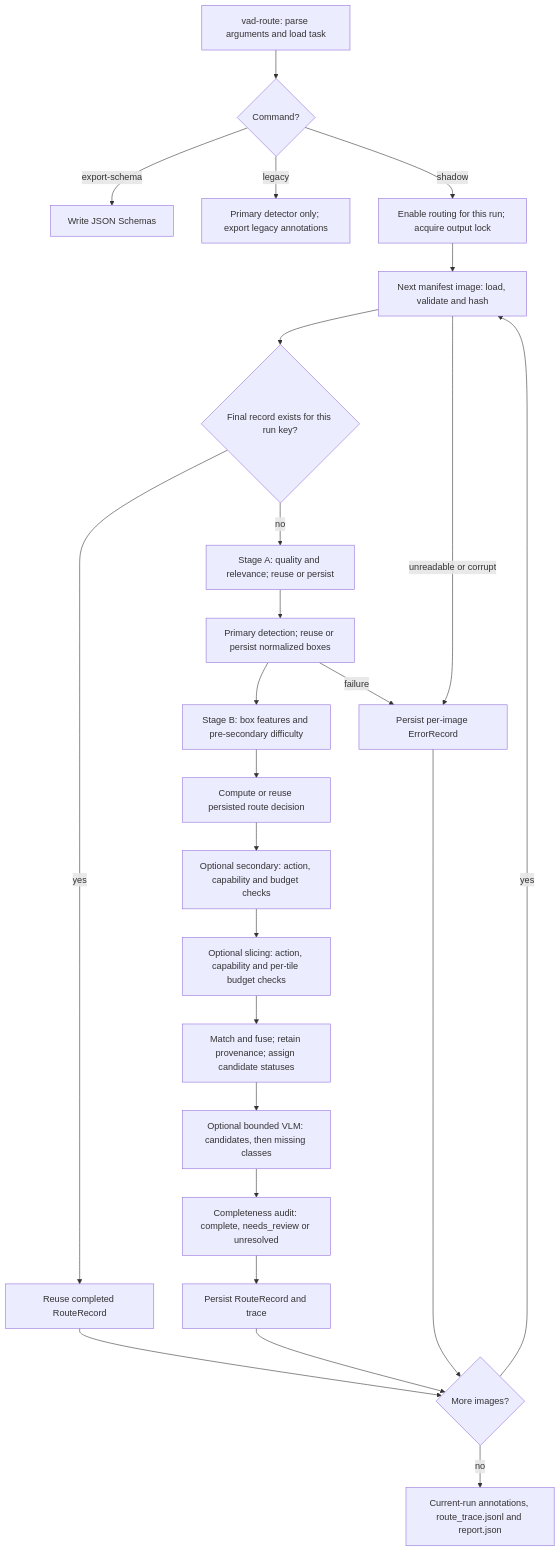
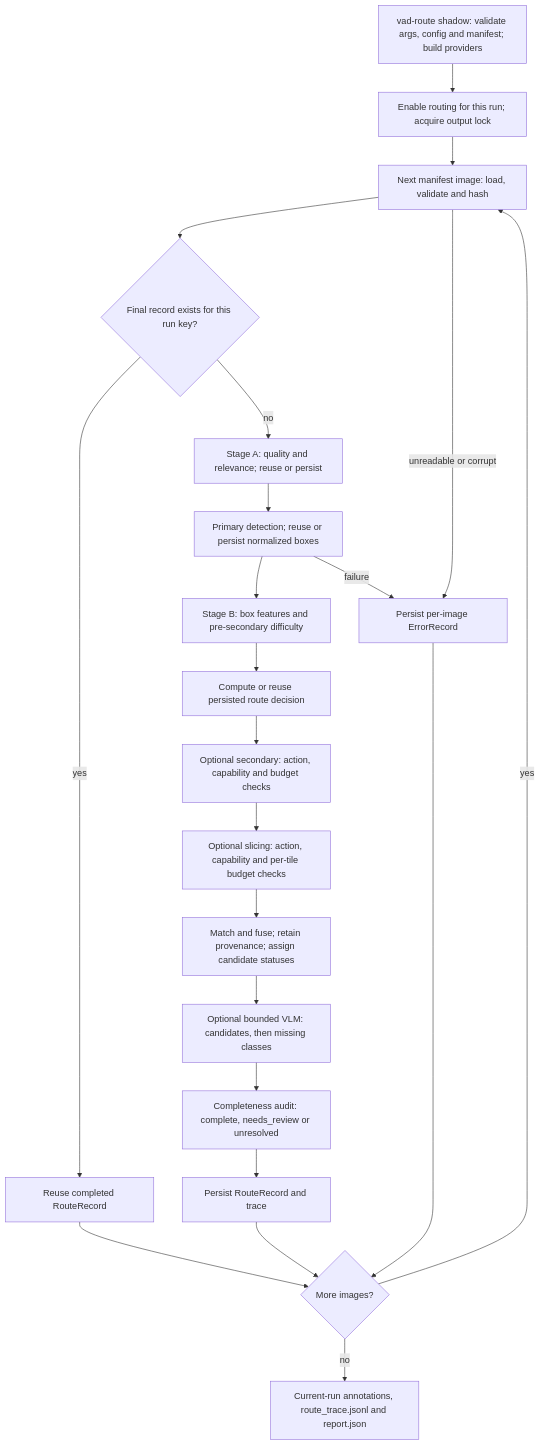
One commit to maulikmadhavi/vision_agentic_detecotr changed the second of 7 diagrams in docs/specification.md. Above: the diagram before and after it, drawn with Mermaid. The commit also changed other lines of this file, not shown here.

Commit message:
docs: specification updated with execution flow and implementation boundaries

````diff
--- a/docs/specification.md
+++ b/docs/specification.md
@@ -25,27 +60,24 @@
 ```mermaid
 flowchart TD
-  CLI["vad-route: parse arguments and load task"] --> Mode{"Command?"}
-  Mode -->|export-schema| Schemas["Write JSON Schemas"]
-  Mode -->|legacy| Legacy["Primary detector only; export legacy annotations"]
-  Mode -->|shadow| Lock["Enable routing for this run; acquire output lock"]
+  CLI["vad-route shadow: validate args, config and manifest; build providers"] --> Lock["Enable routing for this run; acquire output lock"]
   Lock --> Image["Next manifest image: load, validate and hash"]
   Image --> Cache{"Final record exists for this run key?"}
   Image -->|unreadable or corrupt| Error["Persist per-image ErrorRecord"]
   Cache -->|yes| Reuse["Reuse completed RouteRecord"]
   Cache -->|no| A["Stage A: quality and relevance; reuse or persist"]
   A --> Primary["Primary detection; reuse or persist normalized boxes"]
   Primary --> B["Stage B: box features and pre-secondary difficulty"]
   B --> Route["Compute or reuse persisted route decision"]
   Route --> Secondary["Optional secondary: action, capability and budget checks"]
   Secondary --> Slicing["Optional slicing: action, capability and per-tile budget checks"]
   Slicing --> Fusion["Match and fuse; retain provenance; assign candidate statuses"]
   Fusion --> Verify["Optional bounded VLM: candidates, then missing classes"]
   Verify --> Audit["Completeness audit: complete, needs_review or unresolved"]
   Audit --> Save["Persist RouteRecord and trace"]
   Primary -->|failure| Error
   Reuse --> Next{"More images?"}
   Save --> Next
   Error --> Next
   Next -->|yes| Image
   Next -->|no| Export["Current-run annotations, route_trace.jsonl and report.json"]
 ```
````
